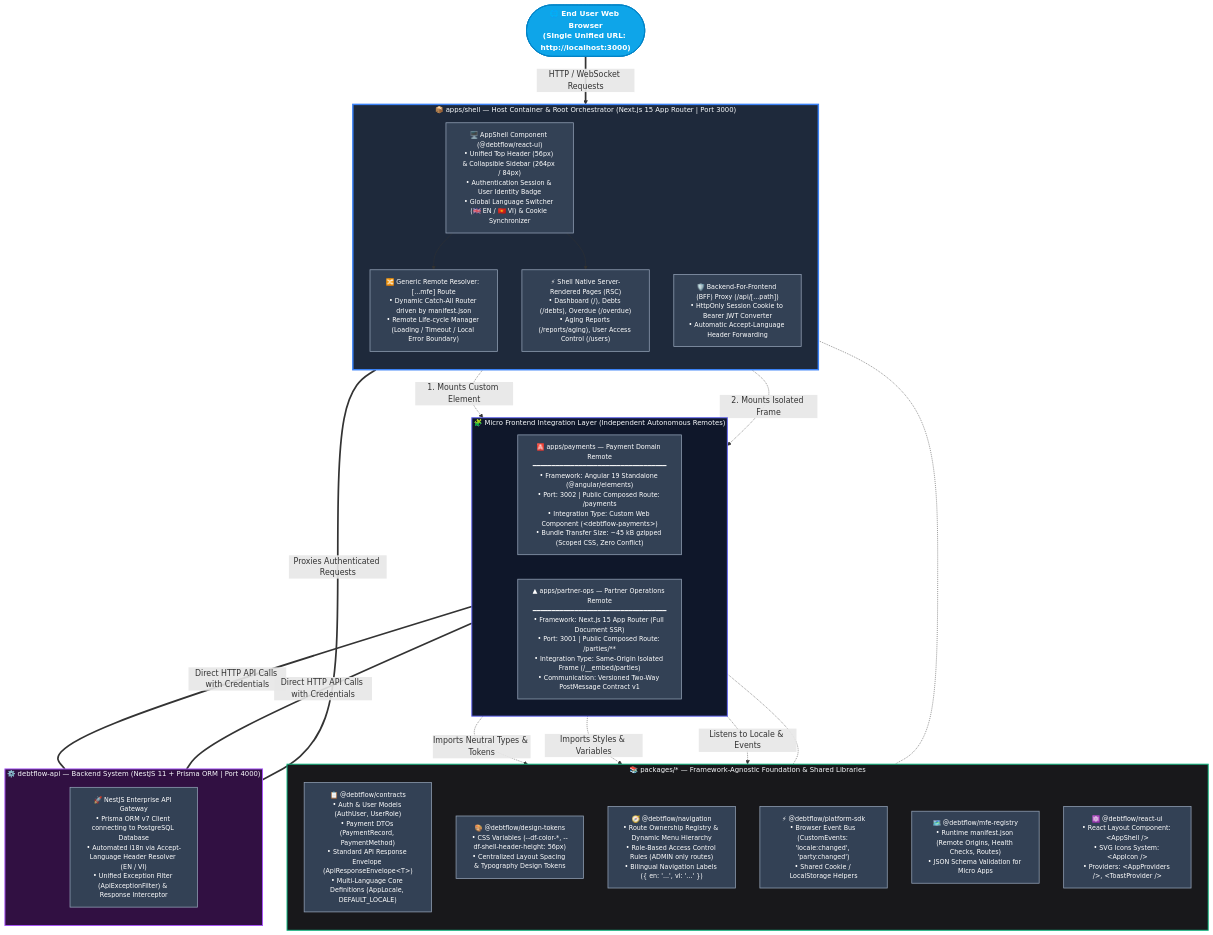
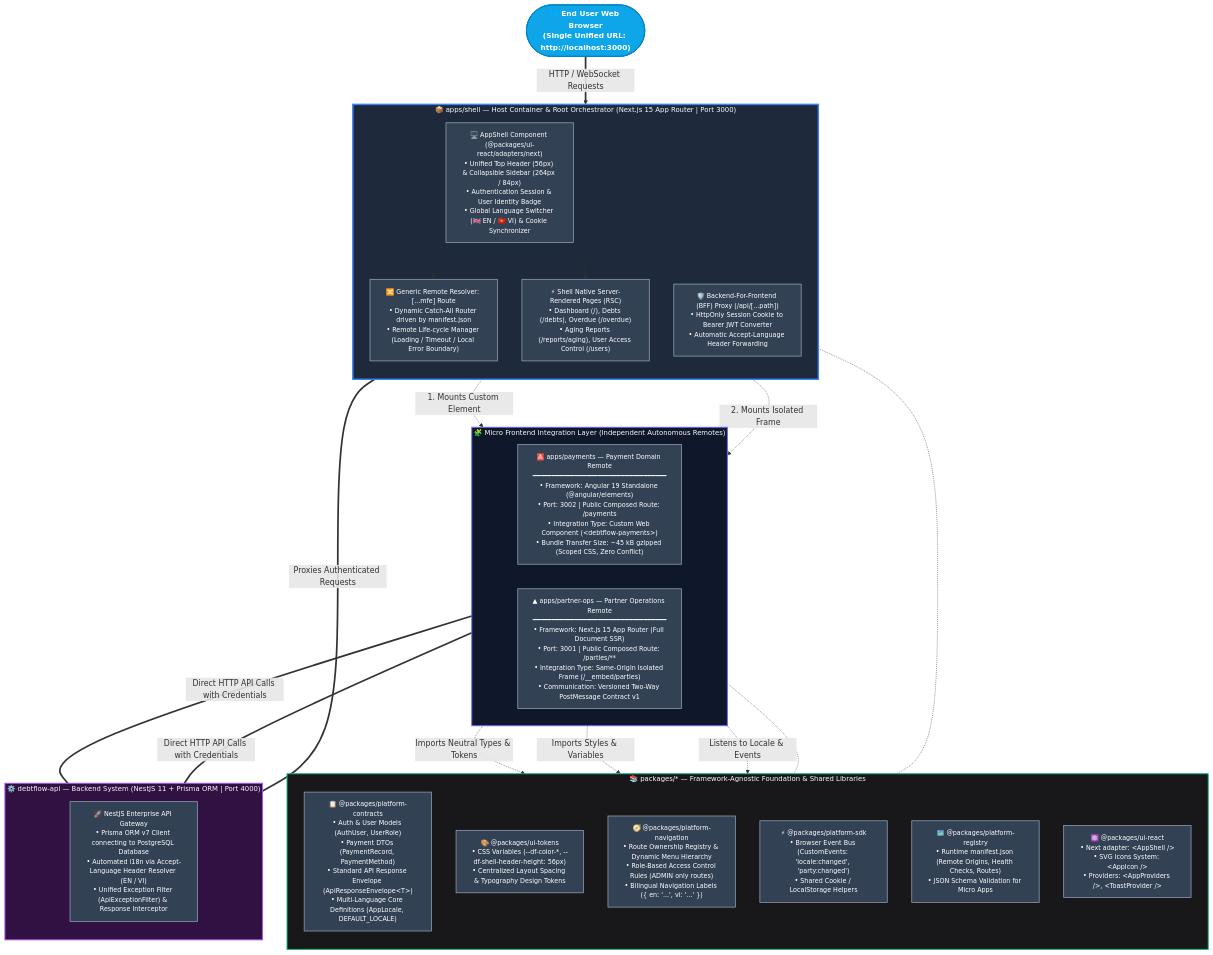
Before and after one commit to PhuongT1/debtflow-web: the diagram in docs/architecture.md, drawn with Mermaid. The commit also changed other lines of this file and 57 other files, not shown here.

Commit message:
docs(ai): clarify component rules and project onboarding

````diff
--- a/docs/architecture.md
+++ b/docs/architecture.md
@@ -9,80 +9,80 @@
 ```mermaid
 flowchart TD
     %% Global Styling & Classes
     classDef client fill:#0ea5e9,stroke:#0284c7,stroke-width:2px,color:#ffffff,font-weight:bold,font-size:15px;
     classDef host fill:#1e293b,stroke:#3b82f6,stroke-width:3px,color:#f8fafc,font-size:14px;
     classDef integration fill:#0f172a,stroke:#6366f1,stroke-width:2px,color:#f8fafc,font-size:14px;
     classDef shared fill:#18181b,stroke:#10b981,stroke-width:2px,color:#f8fafc,font-size:14px;
     classDef backend fill:#311042,stroke:#a855f7,stroke-width:2px,color:#f8fafc,font-size:14px;
     classDef component fill:#334155,stroke:#94a3b8,stroke-width:1.5px,color:#ffffff,font-size:13px;
 
     User(["🌐 End User Web Browser<br/>(Single Unified URL: http://localhost:3000)"]):::client
 
     %% Host Shell Layer
     subgraph HostLayer ["📦 apps/shell — Host Container & Root Orchestrator (Next.js 15 App Router | Port 3000)"]
         direction TB
-        AppShell["🖥️ AppShell Component (@debtflow/react-ui)<br/>• Unified Top Header (56px) & Collapsible Sidebar (264px / 84px)<br/>• Authentication Session & User Identity Badge<br/>• Global Language Switcher (🇬🇧 EN / 🇻🇳 VI) & Cookie Synchronizer"]:::component
+        AppShell["🖥️ AppShell Component (@packages/ui-react/adapters/next)<br/>• Unified Top Header (56px) & Collapsible Sidebar (264px / 84px)<br/>• Authentication Session & User Identity Badge<br/>• Global Language Switcher (🇬🇧 EN / 🇻🇳 VI) & Cookie Synchronizer"]:::component
 
         RouterCatchAll["🔀 Generic Remote Resolver: [...mfe] Route<br/>• Dynamic Catch-All Router driven by manifest.json<br/>• Remote Life-cycle Manager (Loading / Timeout / Local Error Boundary)"]:::component
 
         BFFProxy["🛡️ Backend-For-Frontend (BFF) Proxy (/api/[...path])<br/>• HttpOnly Session Cookie to Bearer JWT Converter<br/>• Automatic Accept-Language Header Forwarding"]:::component
 
         NativePages["⚡ Shell Native Server-Rendered Pages (RSC)<br/>• Dashboard (/), Debts (/debts), Overdue (/overdue)<br/>• Aging Reports (/reports/aging), User Access Control (/users)"]:::component
 
         AppShell --> RouterCatchAll
         AppShell --> NativePages
     end
 
     User ==>|HTTP / WebSocket Requests| AppShell
 
     %% Micro Frontend Remotes Layer
     subgraph MFELayer ["🧩 Micro Frontend Integration Layer (Independent Autonomous Remotes)"]
         direction LR
 
         AngularRemote["🅰️ apps/payments — Payment Domain Remote<br/>━━━━━━━━━━━━━━━━━━━━━━━━━━━━━━━━━━━<br/>• Framework: Angular 19 Standalone (@angular/elements)<br/>• Port: 3002 | Public Composed Route: /payments<br/>• Integration Type: Custom Web Component (&lt;debtflow-payments&gt;)<br/>• Bundle Transfer Size: ~45 kB gzipped (Scoped CSS, Zero Conflict)"]:::component
 
         NextPartnerRemote["▲ apps/partner-ops — Partner Operations Remote<br/>━━━━━━━━━━━━━━━━━━━━━━━━━━━━━━━━━━━<br/>• Framework: Next.js 15 App Router (Full Document SSR)<br/>• Port: 3001 | Public Composed Route: /parties/**<br/>• Integration Type: Same-Origin Isolated Frame (/__embed/parties)<br/>• Communication: Versioned Two-Way PostMessage Contract v1"]:::component
     end
 
     RouterCatchAll -.->|1. Mounts Custom Element| AngularRemote
     RouterCatchAll -.->|2. Mounts Isolated Frame| NextPartnerRemote
 
     %% Shared Monorepo Packages
     subgraph SharedPackages ["📚 packages/* — Framework-Agnostic Foundation & Shared Libraries"]
         direction TB
 
-        Contracts["📋 @debtflow/contracts<br/>• Auth & User Models (AuthUser, UserRole)<br/>• Payment DTOs (PaymentRecord, PaymentMethod)<br/>• Standard API Response Envelope (ApiResponseEnvelope&lt;T&gt;)<br/>• Multi-Language Core Definitions (AppLocale, DEFAULT_LOCALE)"]:::component
+        Contracts["📋 @packages/platform-contracts<br/>• Auth & User Models (AuthUser, UserRole)<br/>• Payment DTOs (PaymentRecord, PaymentMethod)<br/>• Standard API Response Envelope (ApiResponseEnvelope&lt;T&gt;)<br/>• Multi-Language Core Definitions (AppLocale, DEFAULT_LOCALE)"]:::component
 
-        DesignTokens["🎨 @debtflow/design-tokens<br/>• CSS Variables (--df-color-*, --df-shell-header-height: 56px)<br/>• Centralized Layout Spacing & Typography Design Tokens"]:::component
+        DesignTokens["🎨 @packages/ui-tokens<br/>• CSS Variables (--df-color-*, --df-shell-header-height: 56px)<br/>• Centralized Layout Spacing & Typography Design Tokens"]:::component
 
-        Navigation["🧭 @debtflow/navigation<br/>• Route Ownership Registry & Dynamic Menu Hierarchy<br/>• Role-Based Access Control Rules (ADMIN only routes)<br/>• Bilingual Navigation Labels ({ en: '...', vi: '...' })"]:::component
+        Navigation["🧭 @packages/platform-navigation<br/>• Route Ownership Registry & Dynamic Menu Hierarchy<br/>• Role-Based Access Control Rules (ADMIN only routes)<br/>• Bilingual Navigation Labels ({ en: '...', vi: '...' })"]:::component
 
-        PlatformSDK["⚡ @debtflow/platform-sdk<br/>• Browser Event Bus (CustomEvents: 'locale:changed', 'party:changed')<br/>• Shared Cookie / LocalStorage Helpers"]:::component
+        PlatformSDK["⚡ @packages/platform-sdk<br/>• Browser Event Bus (CustomEvents: 'locale:changed', 'party:changed')<br/>• Shared Cookie / LocalStorage Helpers"]:::component
 
-        MfeRegistry["🗺️ @debtflow/mfe-registry<br/>• Runtime manifest.json (Remote Origins, Health Checks, Routes)<br/>• JSON Schema Validation for Micro Apps"]:::component
+        MfeRegistry["🗺️ @packages/platform-registry<br/>• Runtime manifest.json (Remote Origins, Health Checks, Routes)<br/>• JSON Schema Validation for Micro Apps"]:::component
 
-        ReactUI["⚛️ @debtflow/react-ui<br/>• React Layout Component: &lt;AppShell /&gt;<br/>• SVG Icons System: &lt;AppIcon /&gt;<br/>• Providers: &lt;AppProviders /&gt;, &lt;ToastProvider /&gt;"]:::component
+        ReactUI["⚛️ @packages/ui-react<br/>• Next adapter: &lt;AppShell /&gt;<br/>• SVG Icons System: &lt;AppIcon /&gt;<br/>• Providers: &lt;AppProviders /&gt;, &lt;ToastProvider /&gt;"]:::component
     end
 
     HostLayer -.- SharedPackages
     AngularRemote -.->|Imports Neutral Types & Tokens| Contracts
     AngularRemote -.->|Imports Styles & Variables| DesignTokens
     AngularRemote -.->|Listens to Locale & Events| PlatformSDK
     NextPartnerRemote -.- SharedPackages
 
     %% Backend System Layer
     subgraph BackendLayer ["⚙️ debtflow-api — Backend System (NestJS 11 + Prisma ORM | Port 4000)"]
         direction TB
         NestAPI["🚀 NestJS Enterprise API Gateway<br/>• Prisma ORM v7 Client connecting to PostgreSQL Database<br/>• Automated i18n via Accept-Language Header Resolver (EN / VI)<br/>• Unified Exception Filter (ApiExceptionFilter) & Response Interceptor"]:::component
     end
 
     BFFProxy ===|Proxies Authenticated Requests| NestAPI
     AngularRemote ===|Direct HTTP API Calls with Credentials| NestAPI
     NextPartnerRemote ===|Direct HTTP API Calls with Credentials| NestAPI
 
     %% Assign Subgraph Classes
     class HostLayer host;
     class MFELayer integration;
     class SharedPackages shared;
     class BackendLayer backend;
 ```
````
